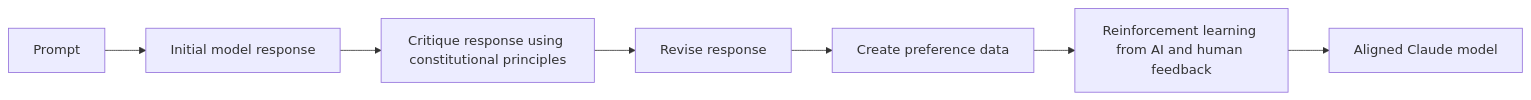
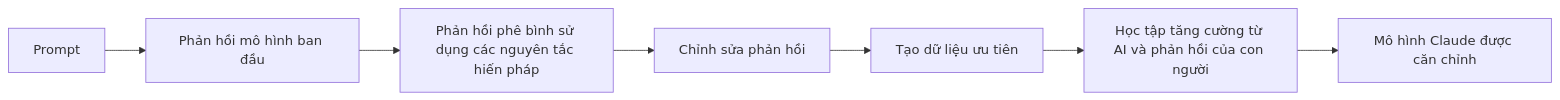
Diagram 11 of 28 in docs/research_finding/01-gwen/broad_overview/LLM_VLM/recent_llm_overview.md (cycler04/VinRobotics-VLA), drawn with Mermaid before and after one commit. The commit also changed other lines of this file and 79 other files, not shown here.

````diff
--- a/docs/research_finding/01-gwen/broad_overview/LLM_VLM/recent_llm_overview.md
+++ b/docs/research_finding/01-gwen/broad_overview/LLM_VLM/recent_llm_overview.md
@@ -910,9 +910,9 @@
 ```mermaid
 flowchart LR
-    P[Prompt] --> A[Initial model response]
-    A --> C[Critique response using constitutional principles]
-    C --> R[Revise response]
-    R --> D[Create preference data]
-    D --> RL[Reinforcement learning from AI and human feedback]
-    RL --> M[Aligned Claude model]
+    P[Prompt] --> A[Phản hồi mô hình ban đầu]
+    A --> C[Phản hồi phê bình sử dụng các nguyên tắc hiến pháp]
+    C --> R[Chỉnh sửa phản hồi]
+    R --> D[Tạo dữ liệu ưu tiên]
+    D --> RL[Học tập tăng cường từ AI và phản hồi của con người]
+    RL --> M[Mô hình Claude được căn chỉnh]
 ```
````
